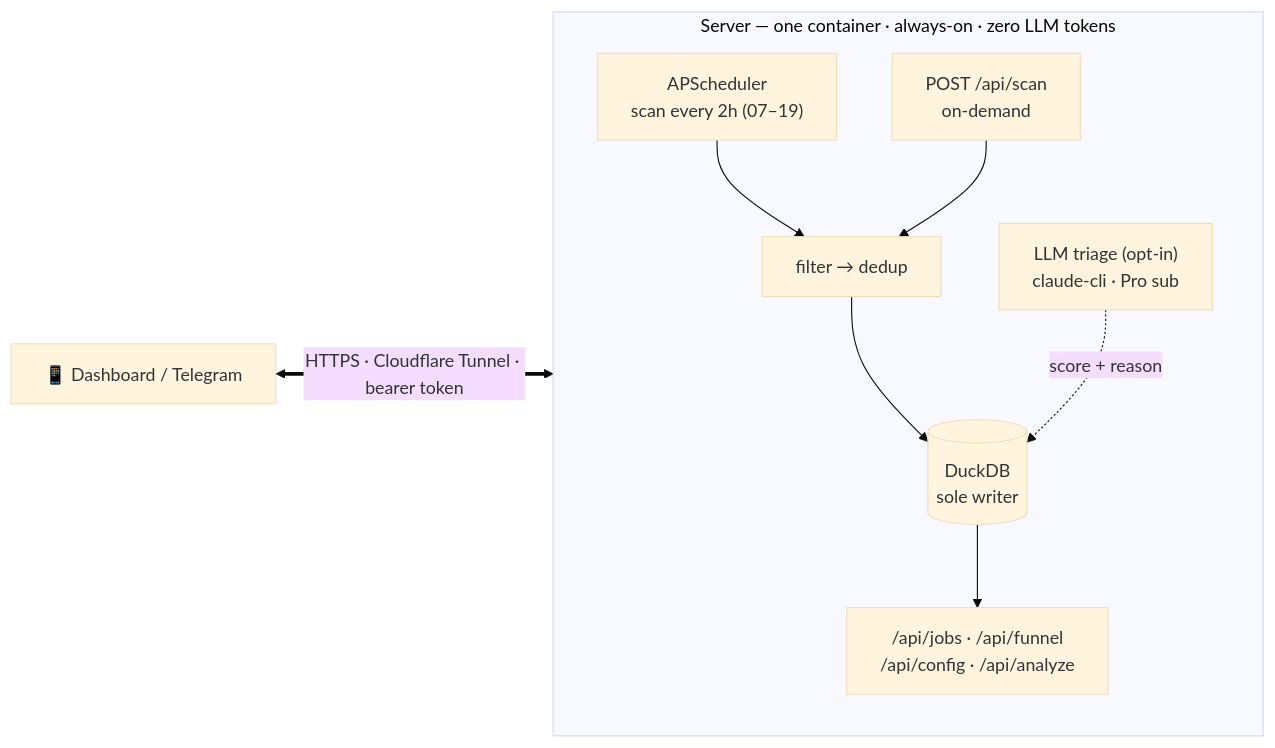
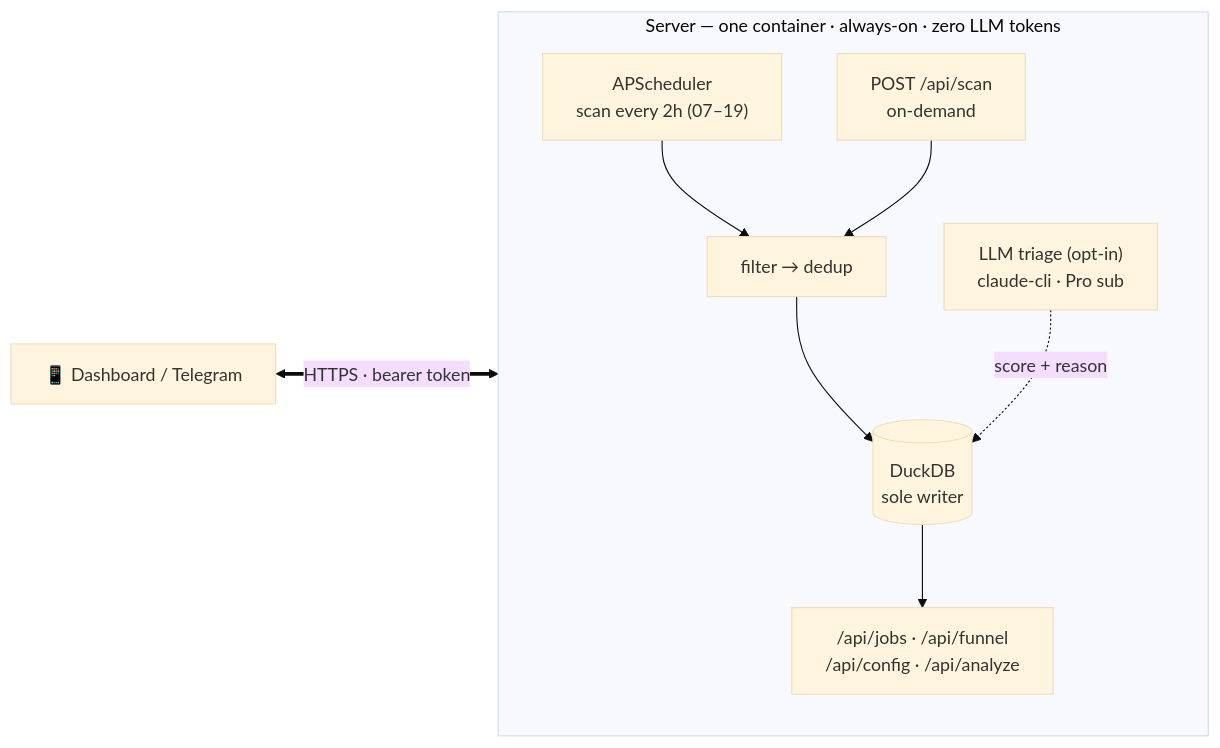
Before and after one commit to Gofka81/job-hunt: the diagram in README.md, drawn with Mermaid (base theme). The commit also changed other lines of this file and 7 other files, not shown here.

````diff
--- a/README.md
+++ b/README.md
@@ -115,12 +122,12 @@
 ```mermaid
 flowchart LR
   subgraph SRV["Server — one container · always-on · zero LLM tokens"]
     direction TB
     SCH["APScheduler<br/>scan every 2h (07–19)"] --> SCAN
     SCANBTN["POST /api/scan<br/>on-demand"] --> SCAN
     SCAN["filter → dedup"] --> DB[("DuckDB<br/>sole writer")]
     TRIAGE["LLM triage (opt-in)<br/>claude-cli · Pro sub"] -.->|score + reason| DB
     DB --> EP["/api/jobs · /api/funnel<br/>/api/config · /api/analyze"]
   end
-  DASH["📱 Dashboard / Telegram"] <==>|"HTTPS · Cloudflare Tunnel · bearer token"| EP
+  DASH["📱 Dashboard / Telegram"] <==>|"HTTPS · bearer token"| EP
 ```
````
